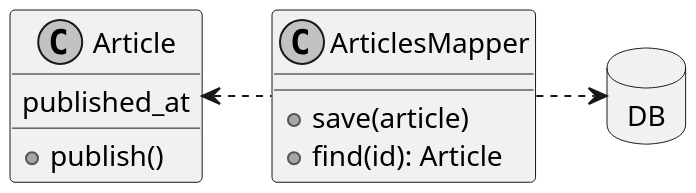
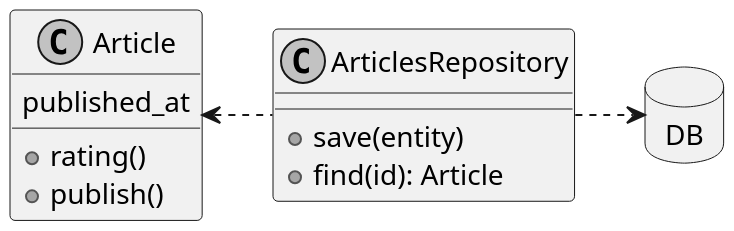
The third of 4 diagrams in rich-domain-model/README.md (sergio-fry/slides), drawn with PlantUML before and after one commit. The commit also changed other lines of this file and 1 other file, not shown here.

````diff
--- a/rich-domain-model/README.md
+++ b/rich-domain-model/README.md
@@ -297,21 +297,22 @@
 ```plantuml
 skinparam monochrome true
 allow_mixing
 scale 2
 
 
 database "DB" as db
 
 class "Article" as article_domain {
   published_at
+  +rating()
   +publish()
 }
 
-class ArticlesMapper {
-  +save(article)
+class ArticlesRepository {
+  +save(entity)
   +find(id): Article
 }
 
-ArticlesMapper .right.> db
-ArticlesMapper .left.> article_domain
+ArticlesRepository .right.> db
+ArticlesRepository .left.> article_domain
 ```
````
